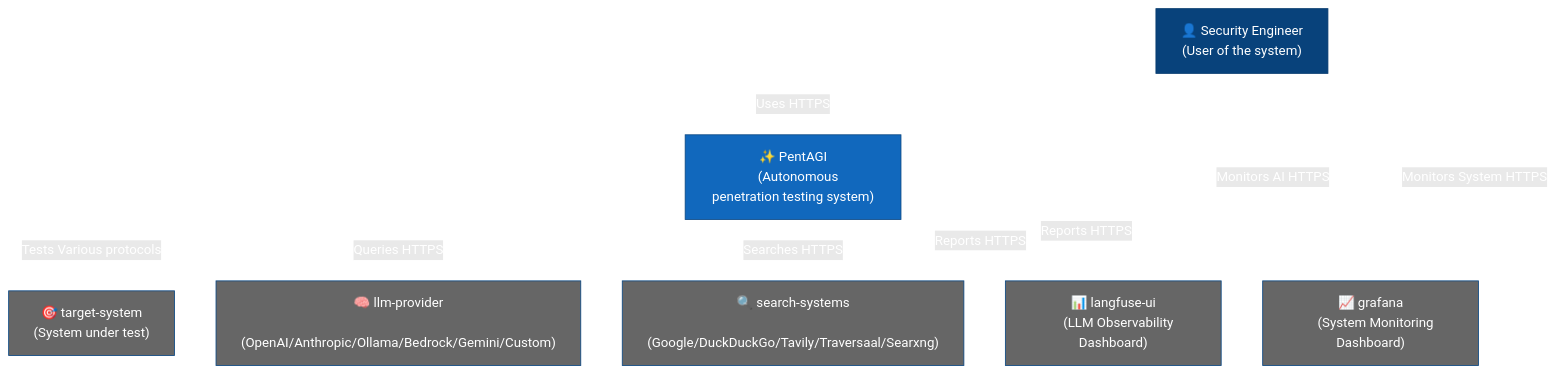
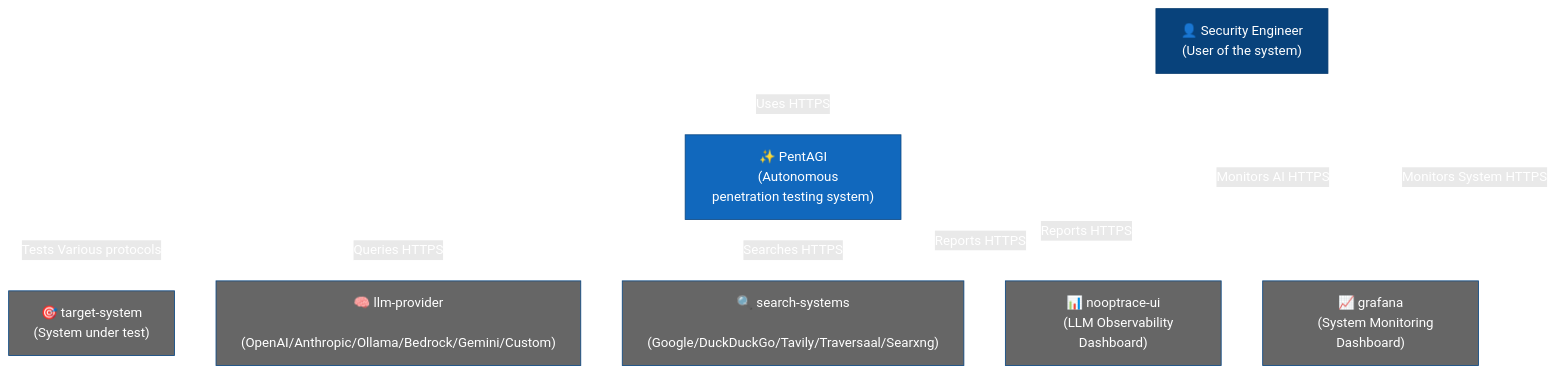
One commit to mnmballa2323/Alti.Code.Frontend changed the first of 6 diagrams in submodules/pentagi/README.md. Above: the diagram before and after it, drawn with Mermaid. The commit also changed other lines of this file and 97 other files, not shown here.

````diff
--- a/submodules/pentagi/README.md
+++ b/submodules/pentagi/README.md
@@ -63,38 +63,38 @@
 ```mermaid
 flowchart TB
     classDef person fill:#08427B,stroke:#073B6F,color:#fff
     classDef system fill:#1168BD,stroke:#0B4884,color:#fff
     classDef external fill:#666666,stroke:#0B4884,color:#fff
 
     pentester["👤 Security Engineer
     (User of the system)"]
 
     pentagi["✨ PentAGI
     (Autonomous penetration testing system)"]
 
     target["🎯 target-system
     (System under test)"]
     llm["🧠 llm-provider
     (OpenAI/Anthropic/Ollama/Bedrock/Gemini/Custom)"]
     search["🔍 search-systems
     (Google/DuckDuckGo/Tavily/Traversaal/Searxng)"]
-    langfuse["📊 langfuse-ui
+    nooptrace["📊 nooptrace-ui
     (LLM Observability Dashboard)"]
     grafana["📈 grafana
     (System Monitoring Dashboard)"]
 
     pentester --> |Uses HTTPS| pentagi
-    pentester --> |Monitors AI HTTPS| langfuse
+    pentester --> |Monitors AI HTTPS| nooptrace
     pentester --> |Monitors System HTTPS| grafana
     pentagi --> |Tests Various protocols| target
     pentagi --> |Queries HTTPS| llm
     pentagi --> |Searches HTTPS| search
-    pentagi --> |Reports HTTPS| langfuse
+    pentagi --> |Reports HTTPS| nooptrace
     pentagi --> |Reports HTTPS| grafana
 
     class pentester person
     class pentagi system
-    class target,llm,search,langfuse,grafana external
+    class target,llm,search,nooptrace,grafana external
 
     linkStyle default stroke:#ffffff,color:#ffffff
 ```
````
